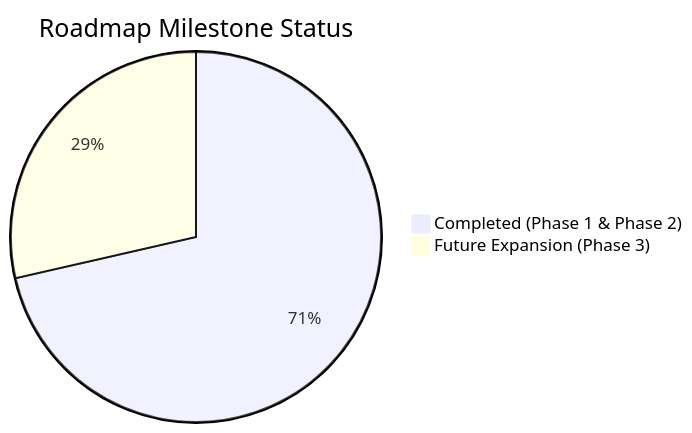
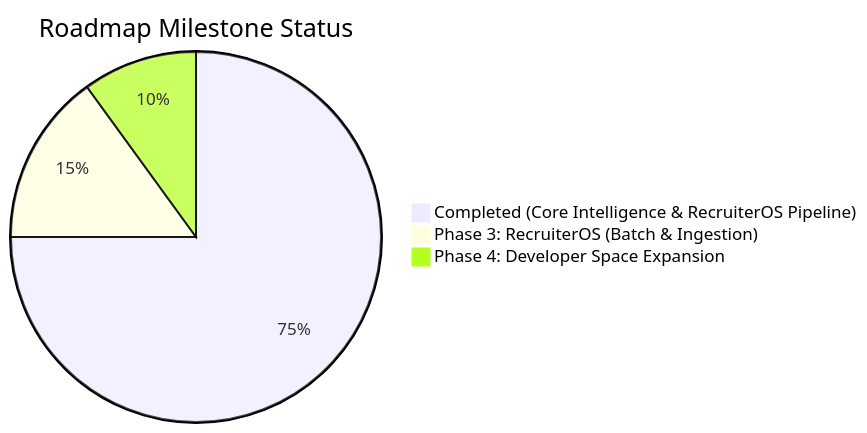
One commit to rabby-xponent/devscope changed the diagram in BUILD_TRACKER.md. Above: the diagram before and after it, drawn with Mermaid. The commit also changed other lines of this file and 11 other files, not shown here.

````diff
--- a/BUILD_TRACKER.md
+++ b/BUILD_TRACKER.md
@@ -275,5 +318,6 @@
 ```mermaid
 pie title Roadmap Milestone Status
-    "Completed (Phase 1 & Phase 2)" : 5
-    "Future Expansion (Phase 3)" : 2
+    "Completed (Core Intelligence & RecruiterOS Pipeline)" : 15
+    "Phase 3: RecruiterOS (Batch & Ingestion)" : 3
+    "Phase 4: Developer Space Expansion" : 2
 ```
````
